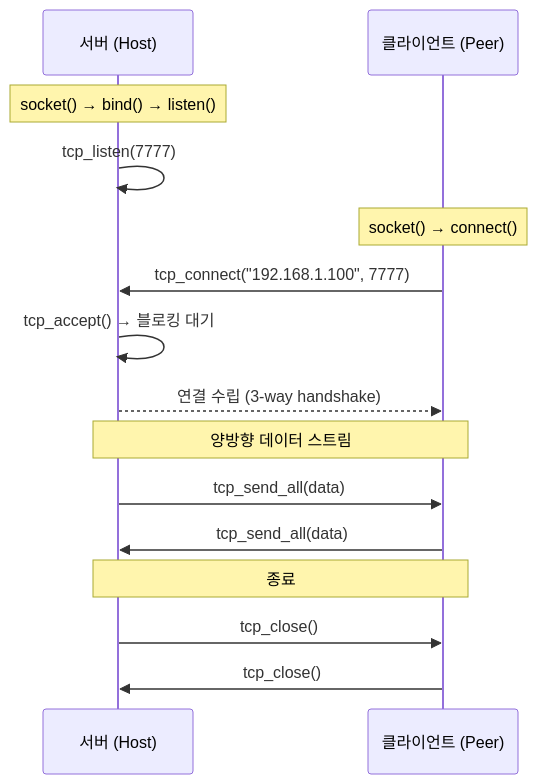
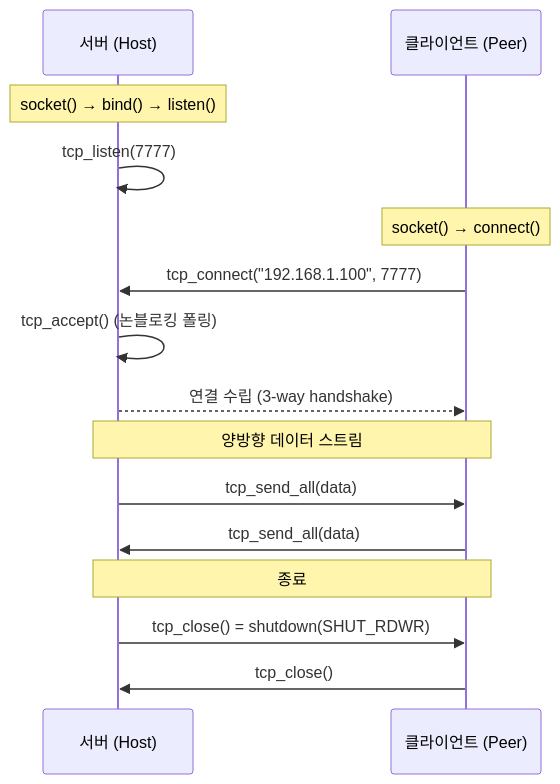
One commit to Rein-ArXiv/Tetris-Multiplayer-RL changed the first of 13 diagrams in docs/blog/part6-lockstep-networking.md. Above: the diagram before and after it, drawn with Mermaid. The commit also changed other lines of this file and 41 other files, not shown here.

````diff
--- a/docs/blog/part6-lockstep-networking.md
+++ b/docs/blog/part6-lockstep-networking.md
@@ -42,18 +80,18 @@
 ```mermaid
 sequenceDiagram
     participant S as 서버 (Host)
     participant C as 클라이언트 (Peer)
 
     Note over S: socket() → bind() → listen()
     S->>S: tcp_listen(7777)
     Note over C: socket() → connect()
     C->>S: tcp_connect("192.168.1.100", 7777)
-    S->>S: tcp_accept() → 블로킹 대기
+    S->>S: tcp_accept() (논블로킹 폴링)
     S-->>C: 연결 수립 (3-way handshake)
     Note over S,C: 양방향 데이터 스트림
     S->>C: tcp_send_all(data)
     C->>S: tcp_send_all(data)
     Note over S,C: 종료
-    S->>C: tcp_close()
+    S->>C: tcp_close() = shutdown(SHUT_RDWR)
     C->>S: tcp_close()
 ```
````
